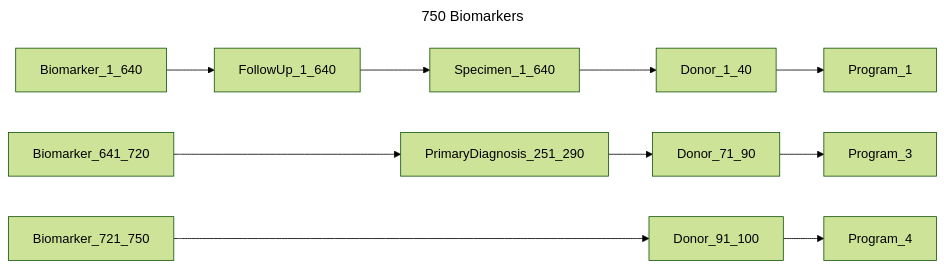
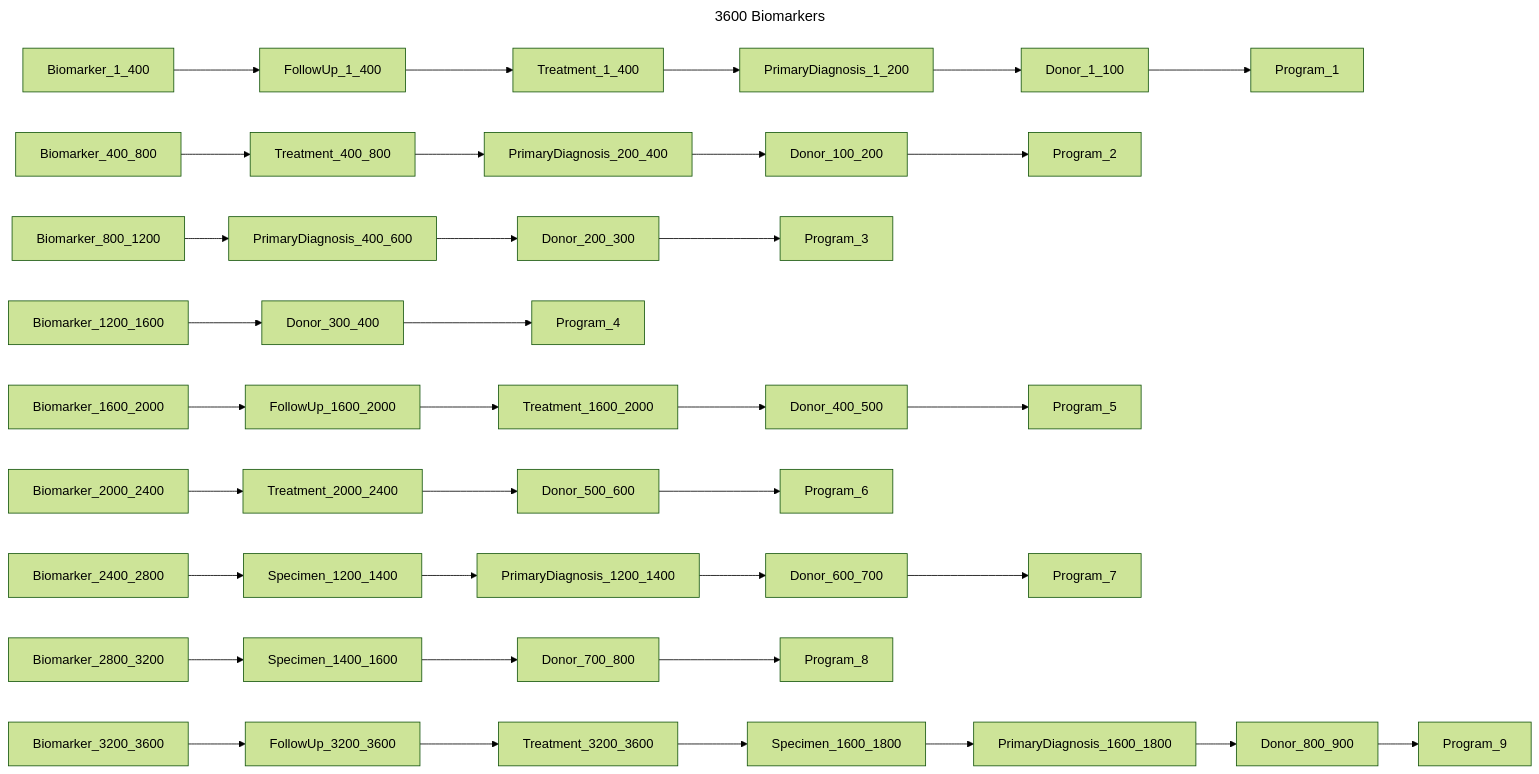
Diagram 12 of 13 in chord_metadata_service/mohpackets/data/large_dataset/README.md (bento-platform/katsu), drawn with Mermaid (forest theme) before and after one commit. The commit also changed other lines of this file, not shown here.

````diff
--- a/chord_metadata_service/mohpackets/data/large_dataset/README.md
+++ b/chord_metadata_service/mohpackets/data/large_dataset/README.md
@@ -171,9 +177,15 @@
 ```mermaid
 ---
-title: 750 Biomarkers
+title: 3600 Biomarkers
 ---
 graph LR;  
-  Biomarker_1_640 --> FollowUp_1_640 --> Specimen_1_640 --> Donor_1_40 --> Program_1;
-  Biomarker_641_720 ---> PrimaryDiagnosis_251_290 --> Donor_71_90 --> Program_3;
-  Biomarker_721_750 ----> Donor_91_100 --> Program_4; 
+  Biomarker_1_400 --> FollowUp_1_400 --> Treatment_1_400 --> PrimaryDiagnosis_1_200 --> Donor_1_100 --> Program_1;
+  Biomarker_400_800 --> Treatment_400_800--> PrimaryDiagnosis_200_400 --> Donor_100_200 --> Program_2;  
+  Biomarker_800_1200 --> PrimaryDiagnosis_400_600 --> Donor_200_300 --> Program_3;  
+  Biomarker_1200_1600 --> Donor_300_400 --> Program_4;  
+  Biomarker_1600_2000 --> FollowUp_1600_2000 --> Treatment_1600_2000 --> Donor_400_500 --> Program_5;  
+  Biomarker_2000_2400 --> Treatment_2000_2400 --> Donor_500_600 --> Program_6;  
+  Biomarker_2400_2800 --> Specimen_1200_1400 --> PrimaryDiagnosis_1200_1400 --> Donor_600_700 --> Program_7;  
+  Biomarker_2800_3200 --> Specimen_1400_1600  --> Donor_700_800 --> Program_8;  
+  Biomarker_3200_3600 --> FollowUp_3200_3600--> Treatment_3200_3600 --> Specimen_1600_1800 --> PrimaryDiagnosis_1600_1800 --> Donor_800_900 --> Program_9;
 ```
````
